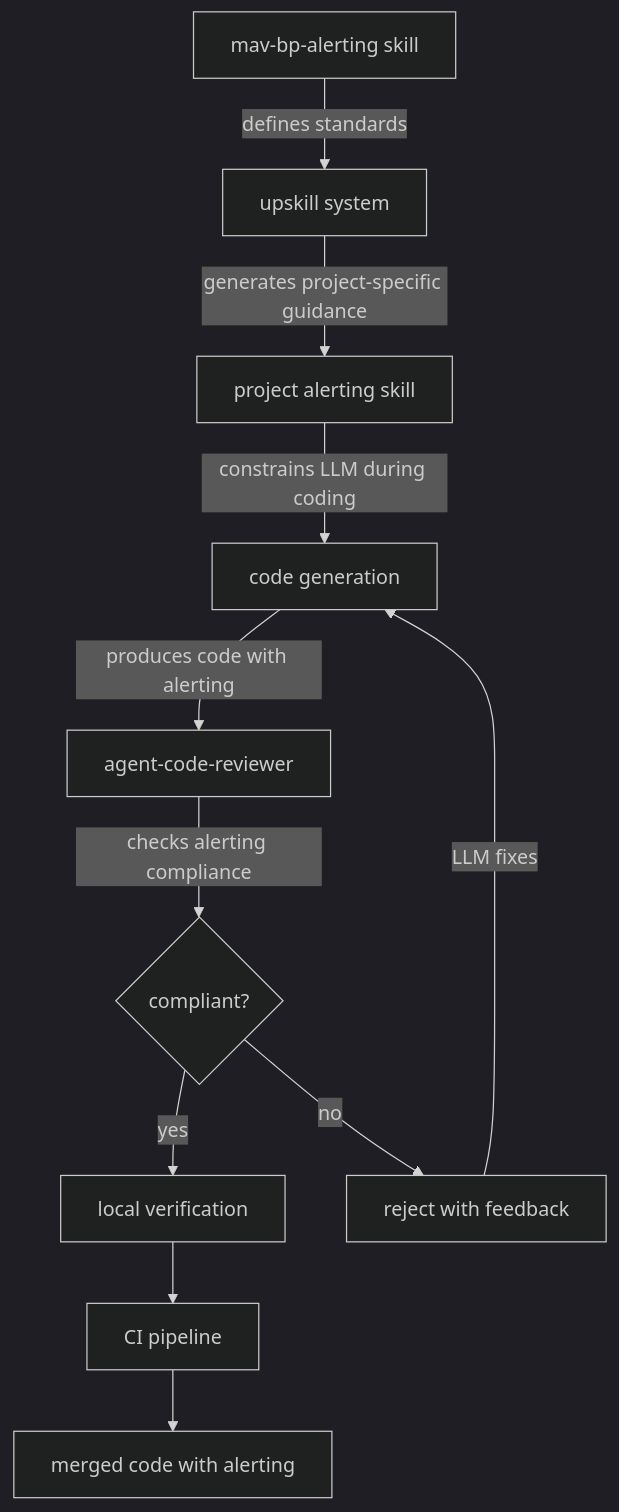
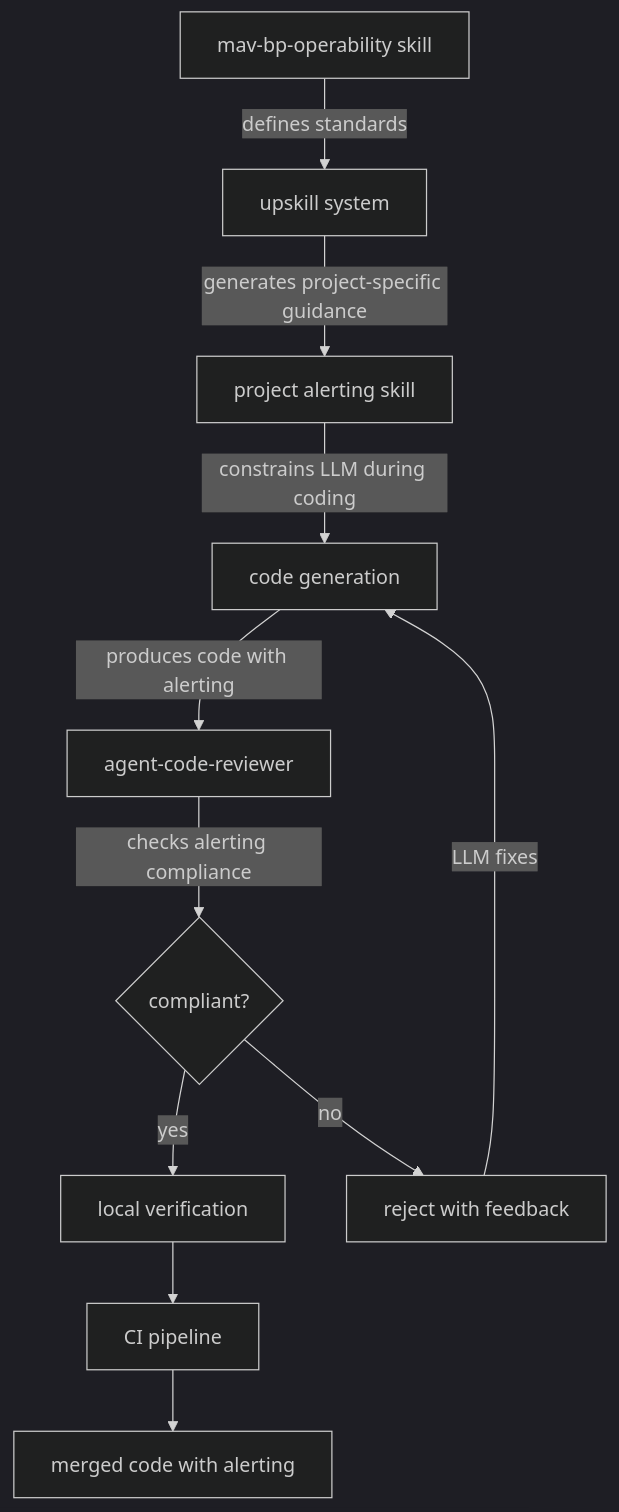
One commit to thermiteau/maverick changed the first of 2 diagrams in docs/standards-and-practices/alerting-standards.md. Above: the diagram before and after it, drawn with Mermaid (dark theme). The commit also changed other lines of this file and 203 other files, not shown here.

````diff
--- a/docs/standards-and-practices/alerting-standards.md
+++ b/docs/standards-and-practices/alerting-standards.md
@@ -45,13 +48,13 @@
 ```mermaid
 flowchart TD
-    A[mav-bp-alerting skill] -->|defines standards| B[upskill system]
+    A[mav-bp-operability skill] -->|defines standards| B[upskill system]
     B -->|generates project-specific guidance| C[project alerting skill]
     C -->|constrains LLM during coding| D[code generation]
     D -->|produces code with alerting| E[agent-code-reviewer]
     E -->|checks alerting compliance| F{compliant?}
     F -->|yes| G[local verification]
     F -->|no| H[reject with feedback]
     H -->|LLM fixes| D
     G --> I[CI pipeline]
     I --> J[merged code with alerting]
 ```
````
